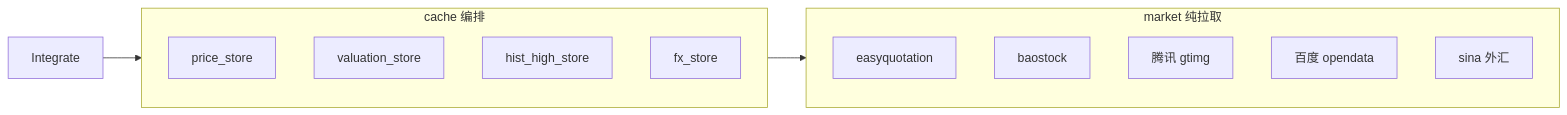
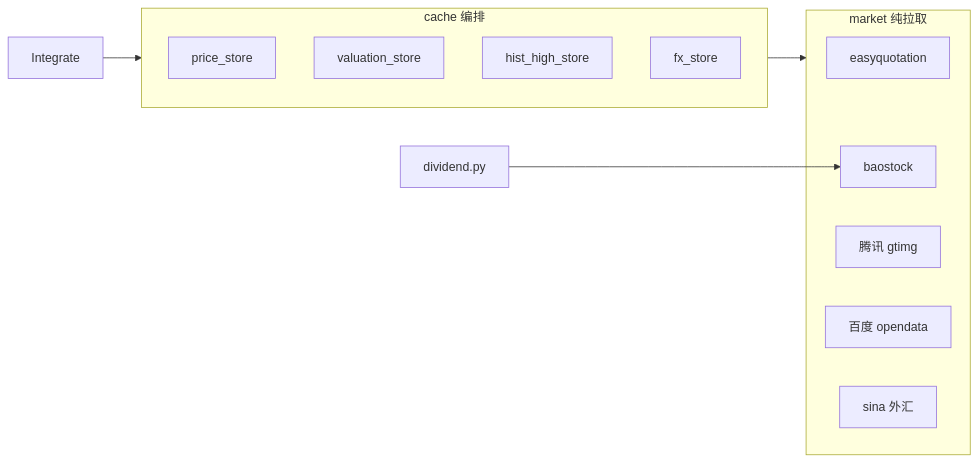
The diagram in stockManager/backend/docs/外部数据获取.md (gunerguner/stockManager), drawn with Mermaid before and after one commit. The commit also changed other lines of this file and 14 other files, not shown here.

````diff
--- a/stockManager/backend/docs/外部数据获取.md
+++ b/stockManager/backend/docs/外部数据获取.md
@@ -7,18 +7,19 @@
 ```mermaid
 flowchart LR
   subgraph market [market 纯拉取]
     eq[easyquotation]
     bao[baostock]
     gtimg[腾讯 gtimg]
     bd[百度 opendata]
     sina[sina 外汇]
   end
   subgraph cache [cache 编排]
     priceStore[price_store]
     valStore[valuation_store]
     histStore[hist_high_store]
     fxStore[fx_store]
   end
   Integrate --> cache
   cache --> market
+  Dividend[dividend.py] --> bao
 ```
````
